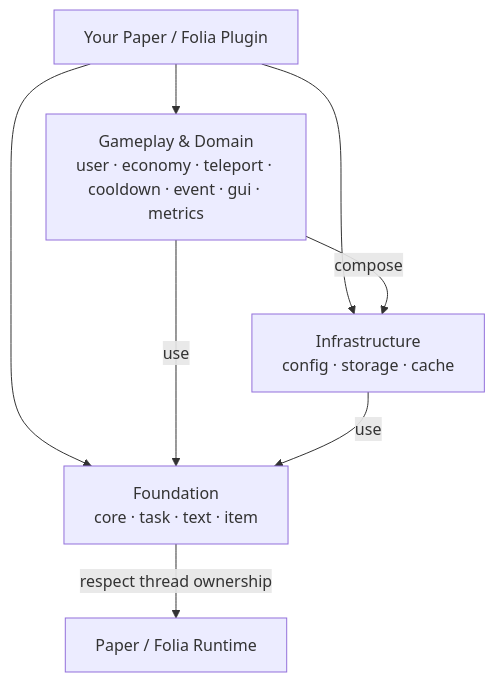
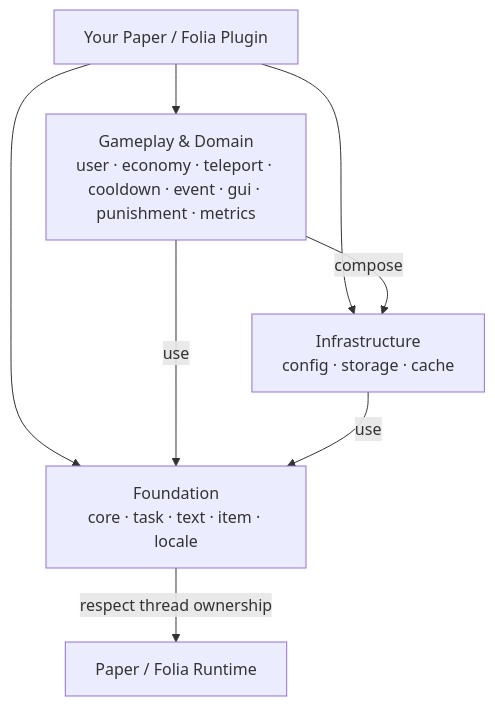
Before and after one commit to HanielCota/Cotani: the diagram in README.md, drawn with Mermaid. The commit also changed other lines of this file and 510 other files, not shown here.

````diff
--- a/README.md
+++ b/README.md
@@ -154,16 +169,16 @@
 ```mermaid
 flowchart TB
     Plugin["Your Paper / Folia Plugin"]
-    Features["Gameplay & Domain<br/>user · economy · teleport · cooldown · event · gui · metrics"]
+    Features["Gameplay & Domain<br/>user · economy · teleport · cooldown · event · gui · punishment · metrics"]
     Infrastructure["Infrastructure<br/>config · storage · cache"]
-    Foundation["Foundation<br/>core · task · text · item"]
+    Foundation["Foundation<br/>core · task · text · item · locale"]
     Runtime["Paper / Folia Runtime"]
 
     Plugin --> Features
     Plugin --> Infrastructure
     Plugin --> Foundation
     Features -->|compose| Infrastructure
     Features -->|use| Foundation
     Infrastructure -->|use| Foundation
     Foundation -->|respect thread ownership| Runtime
 ```
````
